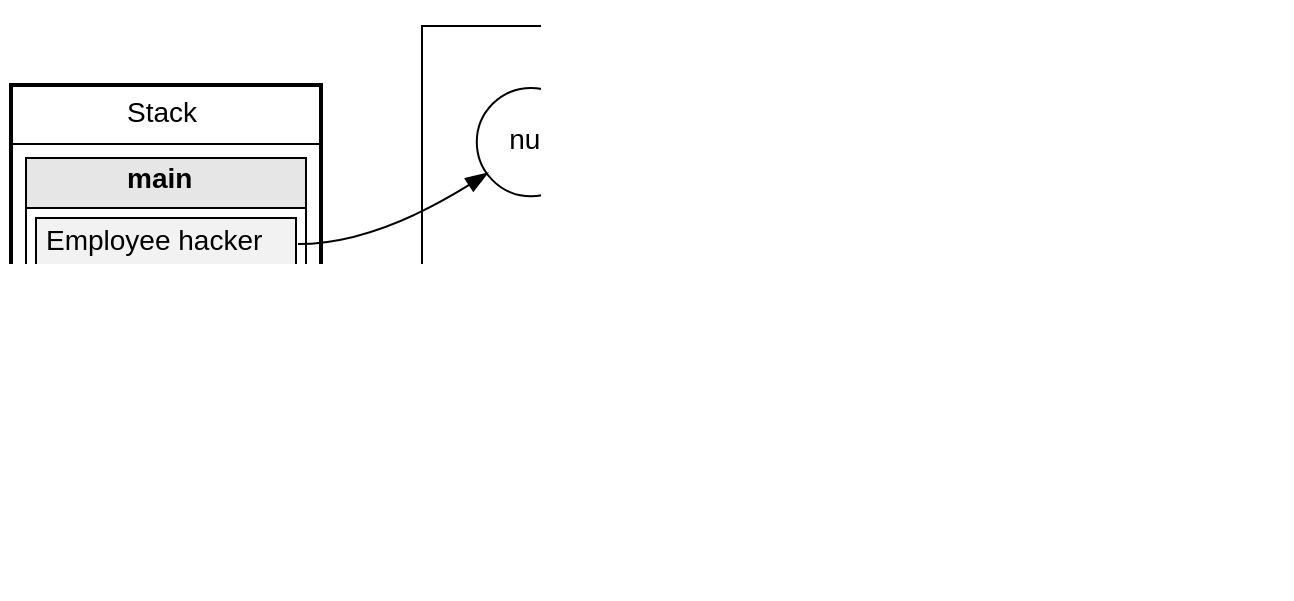
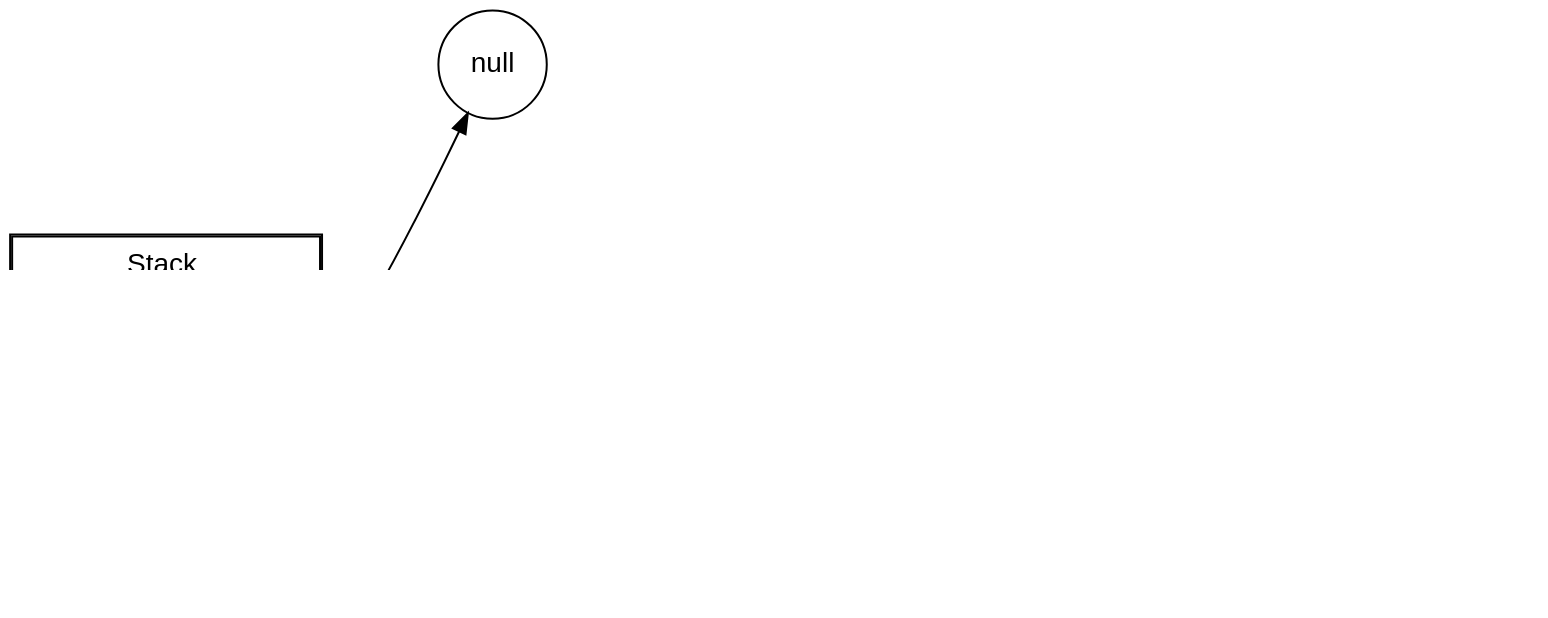
The fifth of 13 diagrams in slides/slides03/src/main/asciidoc/lecture.adoc (inponomarev/java-mipt), drawn with Graphviz before and after one commit. The commit also changed other lines of this file, not shown here.

```diff
--- a/slides/slides03/src/main/asciidoc/lecture.adoc
+++ b/slides/slides03/src/main/asciidoc/lecture.adoc
@@ -1023,14 +853,16 @@
         </TABLE>
       >
     ];
-    null[shape=circle];
+    null_heap[style=invis];
   }
 
+  null[shape=circle];
 
-
- stack->heap_date2[style=invis];
+  stack->heap_date2[style=invis];
 
   stack:d:e -> null;
+  null -> null_heap[style=invis];
+  stack:j:e -> heap_date2:emp:w;
   stack:j:e -> heap_date2:emp:w;
 
 
```
